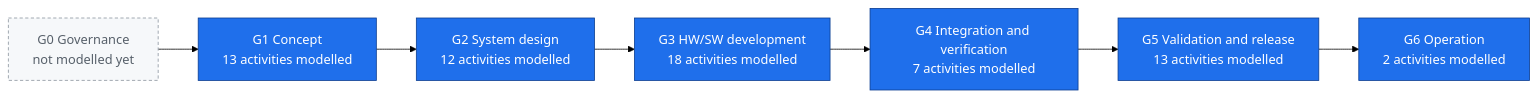
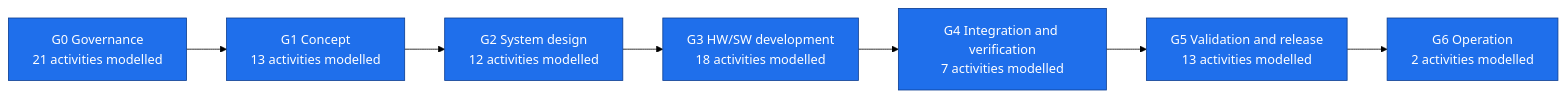
Before and after one commit to jherrodthomas/LionDriver: the first of 2 diagrams in assurance/process/maps/lifecycle.md, drawn with Mermaid (forest theme). The commit also changed other lines of this file and 15 other files, not shown here.

First line of the commit message:
assurance: model the G0 governance phase; all phases now modelled (WP-P-11)

````diff
--- a/assurance/process/maps/lifecycle.md
+++ b/assurance/process/maps/lifecycle.md
@@ -8,15 +8,14 @@
 ```mermaid
 flowchart LR
-  G0["G0 Governance<br/>not modelled yet"]
+  G0["G0 Governance<br/>21 activities modelled"]
   G1["G1 Concept<br/>13 activities modelled"]
   G2["G2 System design<br/>12 activities modelled"]
   G3["G3 HW/SW development<br/>18 activities modelled"]
   G4["G4 Integration and verification<br/>7 activities modelled"]
   G5["G5 Validation and release<br/>13 activities modelled"]
   G6["G6 Operation<br/>2 activities modelled"]
   G0 --> G1 --> G2 --> G3 --> G4 --> G5 --> G6
   classDef modelled fill:#1f6feb,stroke:#0b3d91,color:#ffffff
   classDef pending fill:#f6f8fa,stroke:#8c959f,color:#57606a,stroke-dasharray: 4 3
-  class G1,G2,G3,G4,G5,G6 modelled
-  class G0 pending
+  class G0,G1,G2,G3,G4,G5,G6 modelled
 ```
````
